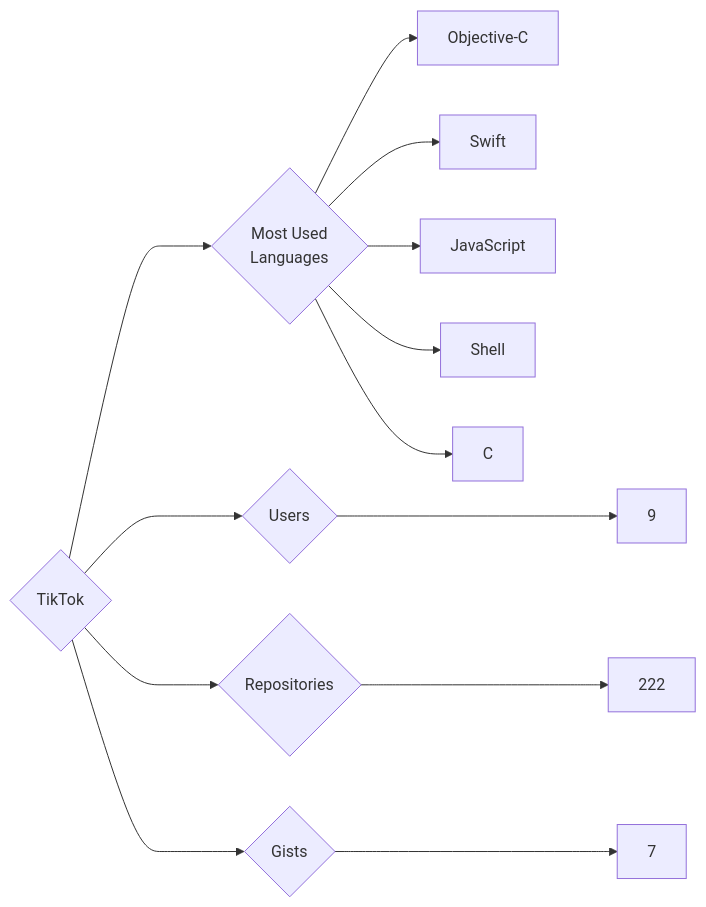
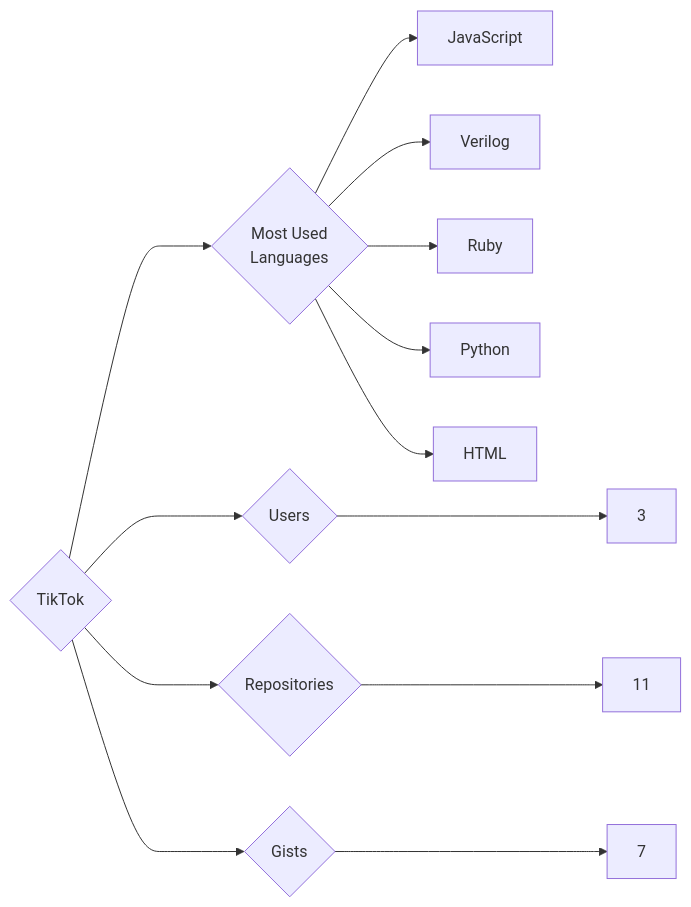
The diagram in targets/TikTok/README.md (trickest/insiders), drawn with Mermaid before and after one commit. The commit also changed 725 other files, not shown here.

````diff
--- a/targets/TikTok/README.md
+++ b/targets/TikTok/README.md
@@ -3,13 +3,13 @@
 ```mermaid
 graph LR
 COMPANY_NAME{TikTok}
-COMPANY_NAME ---> U{Users} ---> UN[9]
-COMPANY_NAME ---> R{Repositories} ---> RN[222]
+COMPANY_NAME ---> U{Users} ---> UN[3]
+COMPANY_NAME ---> R{Repositories} ---> RN[11]
 COMPANY_NAME ---> G{Gists} ---> GN[7]
 COMPANY_NAME ---> ML{Most Used<br>Languages}
-ML --> Objective-C[Objective-C]
-ML --> Swift[Swift]
 ML --> JavaScript[JavaScript]
-ML --> Shell[Shell]
-ML --> C[C]
+ML --> Verilog[Verilog]
+ML --> Ruby[Ruby]
+ML --> Python[Python]
+ML --> HTML[HTML]
 ```
````
